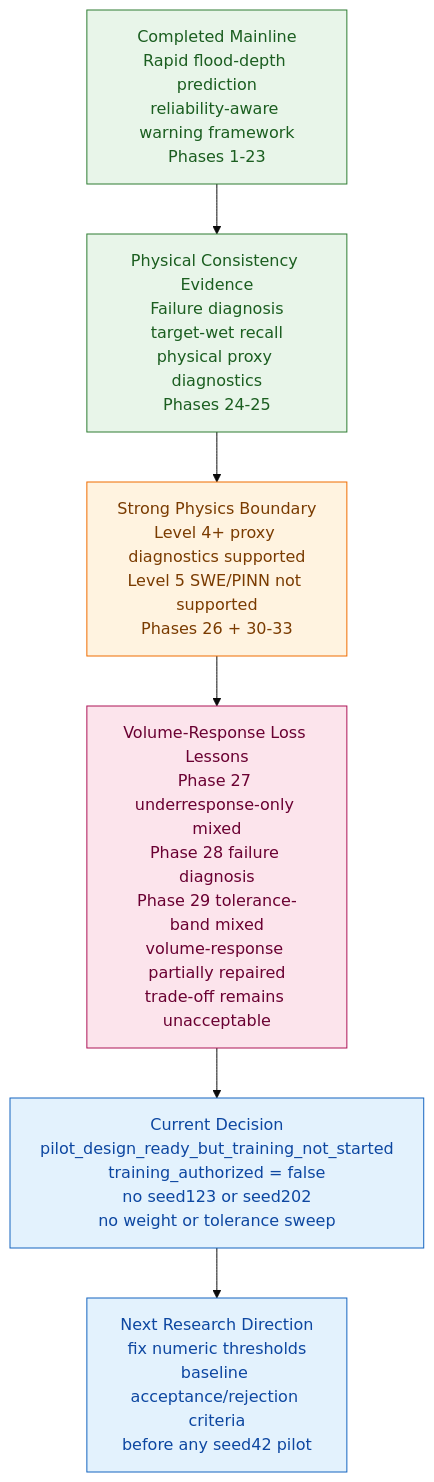
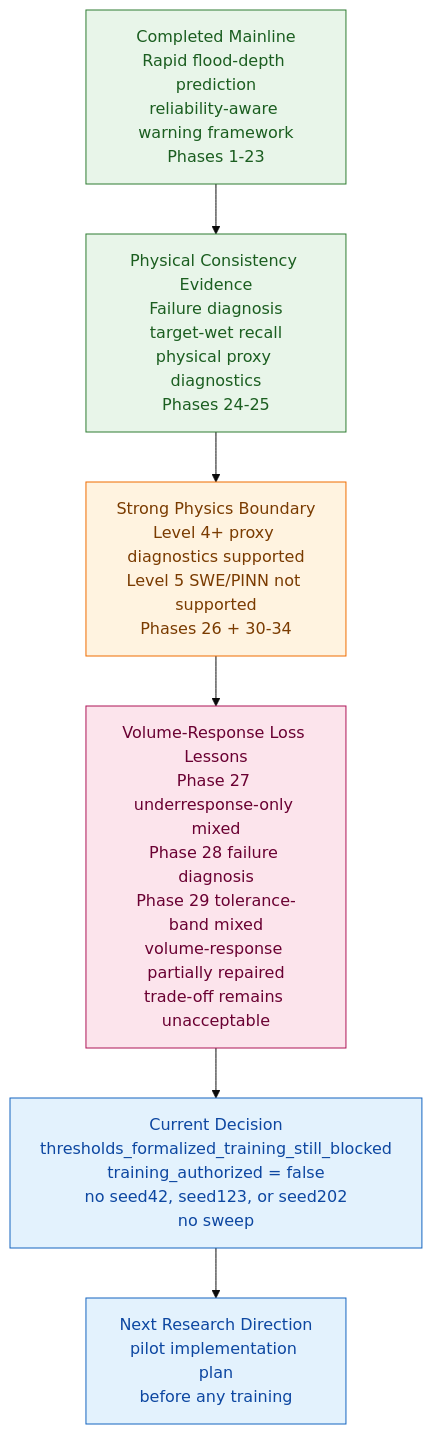
One commit to HolyLin990604/physics-guided-urban-flood-prediction changed the third of 3 diagrams in README.md. Above: the diagram before and after it, drawn with Mermaid (base theme). The commit also changed other lines of this file and 2 other files, not shown here.

Commit message:
docs: sync phase34 pilot threshold status

````diff
--- a/README.md
+++ b/README.md
@@ -460,16 +464,16 @@
 ```mermaid
 flowchart TD
     A["Completed Mainline<br/>Rapid flood-depth prediction<br/>reliability-aware warning framework<br/>Phases 1-23"]:::completed
     B["Physical Consistency Evidence<br/>Failure diagnosis<br/>target-wet recall<br/>physical proxy diagnostics<br/>Phases 24-25"]:::completed
-    C["Strong Physics Boundary<br/>Level 4+ proxy diagnostics supported<br/>Level 5 SWE/PINN not supported<br/>Phases 26 + 30-33"]:::boundary
+    C["Strong Physics Boundary<br/>Level 4+ proxy diagnostics supported<br/>Level 5 SWE/PINN not supported<br/>Phases 26 + 30-34"]:::boundary
     D["Volume-Response Loss Lessons<br/>Phase 27 underresponse-only mixed<br/>Phase 28 failure diagnosis<br/>Phase 29 tolerance-band mixed<br/>volume-response partially repaired<br/>trade-off remains unacceptable"]:::diagnosis
-    E["Current Decision<br/>pilot_design_ready_but_training_not_started<br/>training_authorized = false<br/>no seed123 or seed202<br/>no weight or tolerance sweep"]:::current
-    F["Next Research Direction<br/>fix numeric thresholds<br/>baseline acceptance/rejection criteria<br/>before any seed42 pilot"]:::current
+    E["Current Decision<br/>thresholds_formalized_training_still_blocked<br/>training_authorized = false<br/>no seed42, seed123, or seed202<br/>no sweep"]:::current
+    F["Next Research Direction<br/>pilot implementation plan<br/>before any training"]:::current
 
     A --> B --> C --> D --> E --> F
 
     classDef completed fill:#e8f5e9,stroke:#2e7d32,color:#1b5e20
     classDef boundary fill:#fff3e0,stroke:#ef6c00,color:#7a3b00
     classDef diagnosis fill:#fce4ec,stroke:#ad1457,color:#6a0032
     classDef current fill:#e3f2fd,stroke:#1565c0,color:#0d47a1
 ```
````
